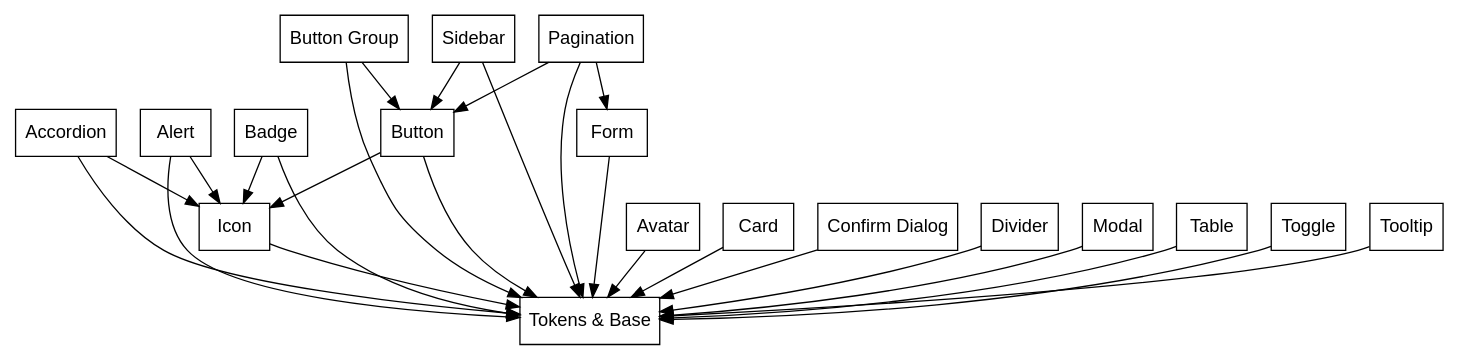
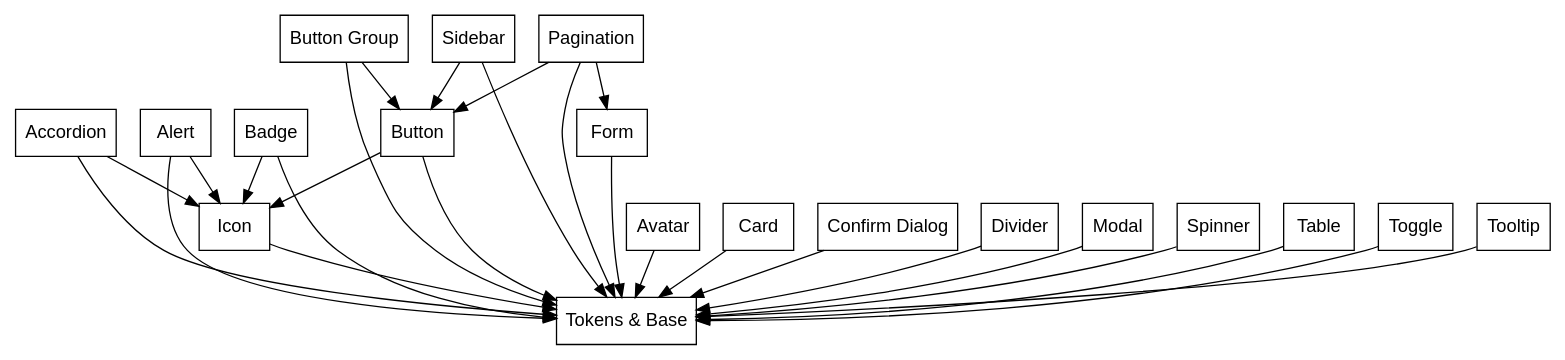
Before and after one commit to RoleModel/optics: the diagram in tools/generate-graph.dot, drawn with Graphviz. The commit also changed 1 other file, not shown here.

Commit message:
update dependency graph

```diff
--- a/tools/generate-graph.dot
+++ b/tools/generate-graph.dot
@@ -1,40 +1,42 @@
 digraph dependencies {
   fontname = "Helvetica,Arial,sans-serif";
   node [fontname = "Helvetica,Arial,sans-serif";];
   edge [fontname = "Helvetica,Arial,sans-serif";];
   node [shape = box;];
   "Tokens & Base";
   
   "Accordion" -> "Tokens & Base";
   "Accordion" -> "Icon";
   
   "Alert" -> "Tokens & Base";
   "Alert" -> "Icon";
   
   "Badge" -> "Tokens & Base";
   "Badge" -> "Icon";
   
   "Button" -> "Tokens & Base";
   "Button" -> "Icon";
   
   "Button Group" -> "Tokens & Base";
   "Button Group" -> "Button";
   
   "Sidebar" -> "Tokens & Base";
   "Sidebar" -> "Button";
   
+  
   "Pagination" -> "Button";
   "Pagination" -> "Form";
   "Pagination" -> "Tokens & Base";
   
   "Avatar" -> "Tokens & Base";
   "Card" -> "Tokens & Base";
   "Confirm Dialog" -> "Tokens & Base";
   "Divider" -> "Tokens & Base";
   "Form" -> "Tokens & Base";
   "Icon" -> "Tokens & Base";
   "Modal" -> "Tokens & Base";
+  "Spinner" -> "Tokens & Base";
   "Table" -> "Tokens & Base";
   "Toggle" -> "Tokens & Base";
   "Tooltip" -> "Tokens & Base";
 }
```
